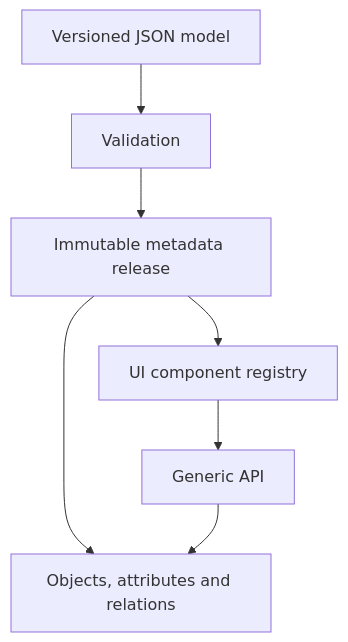
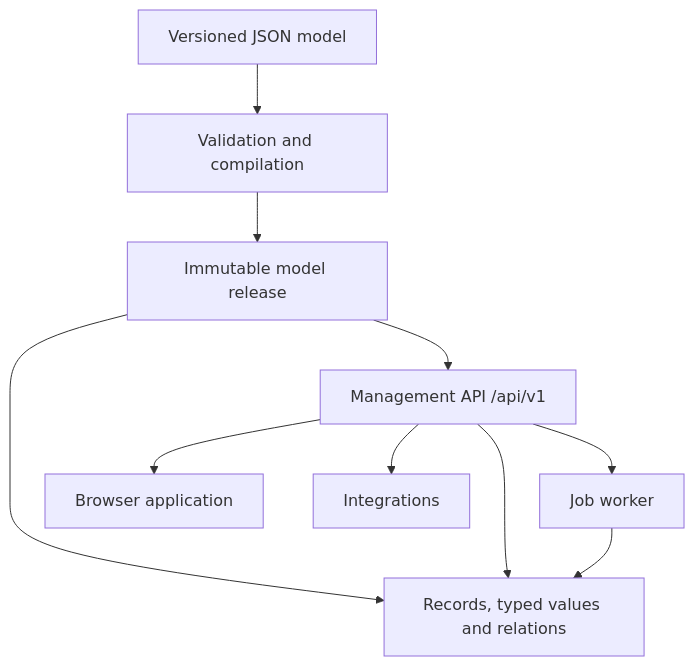
One commit to refiroo/refiroo changed the first of 2 diagrams in docs/ARCHITECTURE.md. Above: the diagram before and after it, drawn with Mermaid. The commit also changed other lines of this file and 32 other files, not shown here.

````diff
--- a/docs/ARCHITECTURE.md
+++ b/docs/ARCHITECTURE.md
@@ -9,9 +16,12 @@
 ```mermaid
 flowchart TD
-    J["Versioned JSON model"] --> V["Validation"]
-    V --> M["Immutable metadata release"]
-    M --> G["Objects, attributes and relations"]
-    M --> U["UI component registry"]
-    U --> A["Generic API"]
+    J["Versioned JSON model"] --> V["Validation and compilation"]
+    V --> M["Immutable model release"]
+    M --> G["Records, typed values and relations"]
+    M --> A["Management API /api/v1"]
     A --> G
+    A --> W["Job worker"]
+    W --> G
+    A --> B["Browser application"]
+    A --> I["Integrations"]
 ```
````
